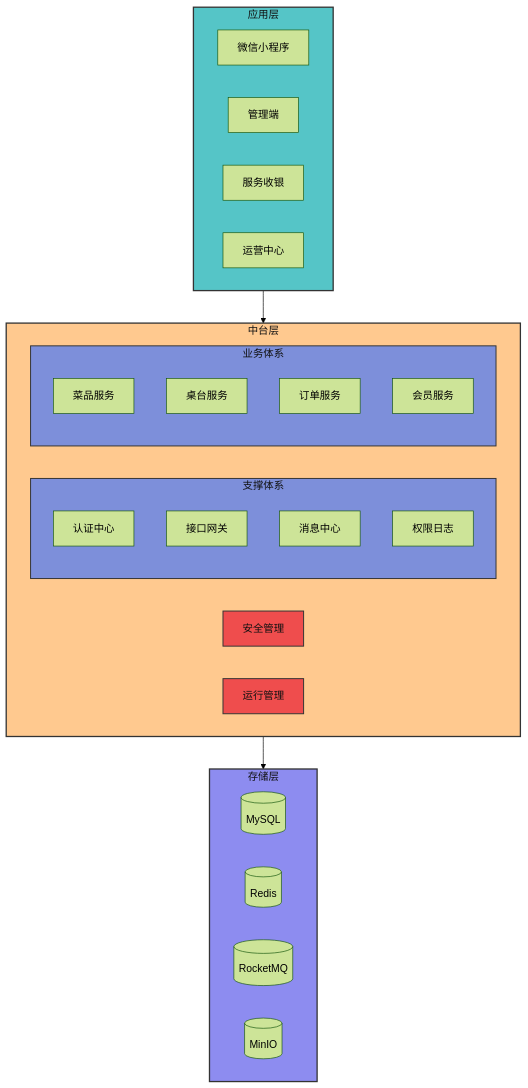
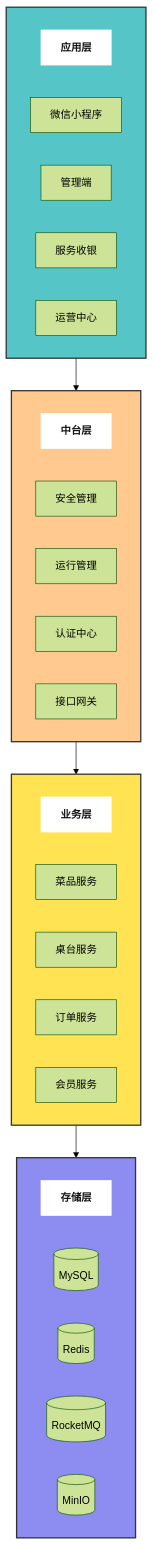
The second of 3 diagrams in readme.md (meisijiya/DIANCAN-SYSTEM), drawn with Mermaid (forest theme) before and after one commit. The commit also changed other lines of this file, not shown here.

````diff
--- a/readme.md
+++ b/readme.md
@@ -290,46 +295,51 @@
 ```mermaid
 flowchart TB
-    subgraph Top[应用层]
+    subgraph R1[ ]
+        direction LR
+        L1[应用层]
         MINI[微信小程序]
         ADMIN[管理端]
         CASHIER[服务收银]
         MANAGE[运营中心]
     end
 
-    subgraph Middle[中台层]
+    subgraph R2[ ]
+        direction LR
+        L2[中台层]
         SAFE[安全管理]
         RUNTIME[运行管理]
-
-        subgraph Support[支撑体系]
-            S1[认证中心]
-            S2[接口网关]
-            S3[消息中心]
-            S4[权限日志]
-        end
-
-        subgraph Biz[业务体系]
-            B1[菜品服务]
-            B2[桌台服务]
-            B3[订单服务]
-            B4[会员服务]
-        end
+        S1[认证中心]
+        S2[接口网关]
     end
 
-    subgraph Bottom[存储层]
+    subgraph R3[ ]
+        direction LR
+        L3[业务层]
+        B1[菜品服务]
+        B2[桌台服务]
+        B3[订单服务]
+        B4[会员服务]
+    end
+
+    subgraph R4[ ]
+        direction LR
+        L4[存储层]
         DB[(MySQL)]
         CACHE[(Redis)]
         ROCKET[(RocketMQ)]
         OSS[(MinIO)]
     end
 
-    Top --> Middle
-    Middle --> Bottom
+    R1 --> R2
+    R2 --> R3
+    R3 --> R4
 
-    style Top fill:#55c5c7,stroke:#333,stroke-width:2px,color:#111
-    style Middle fill:#ffc98f,stroke:#333,stroke-width:2px,color:#111
-    style Bottom fill:#8d8cf0,stroke:#333,stroke-width:2px,color:#111
-    style Support fill:#7d8fda,stroke:#333,stroke-width:1.5px,color:#111
-    style Biz fill:#7d8fda,stroke:#333,stroke-width:1.5px,color:#111
-    style SAFE fill:#ef4d4d,stroke:#333,stroke-width:1.5px,color:#111
-    style RUNTIME fill:#ef4d4d,stroke:#333,stroke-width:1.5px,color:#111
+    style R1 fill:#55c5c7,stroke:#333,stroke-width:2px,color:#111
+    style R2 fill:#ffc98f,stroke:#333,stroke-width:2px,color:#111
+    style R3 fill:#ffe353,stroke:#333,stroke-width:2px,color:#111
+    style R4 fill:#8d8cf0,stroke:#333,stroke-width:2px,color:#111
+    style L1 fill:#ffffff,stroke:#ffffff,color:#111,font-weight:bold
+    style L2 fill:#ffffff,stroke:#ffffff,color:#111,font-weight:bold
+    style L3 fill:#ffffff,stroke:#ffffff,color:#111,font-weight:bold
+    style L4 fill:#ffffff,stroke:#ffffff,color:#111,font-weight:bold
 ```
````
